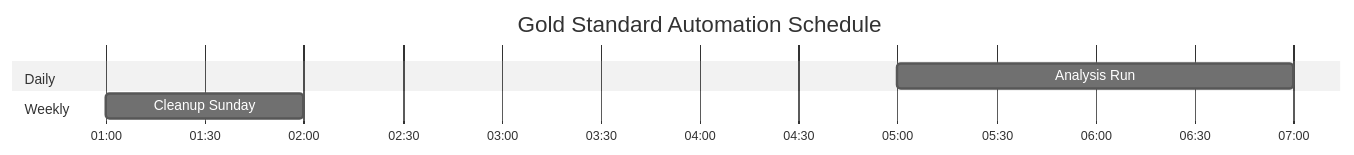
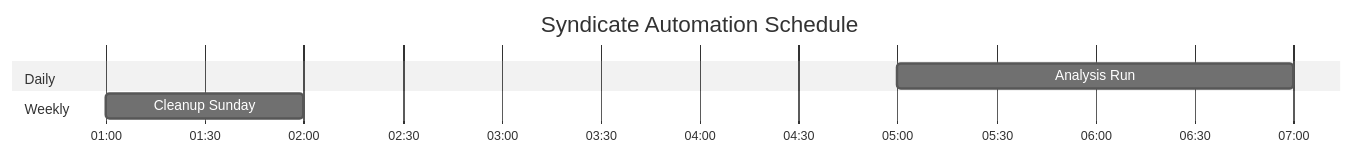
One commit to amuzetnoM/gold_standard changed the second of 2 diagrams in docs/virtual_machine/setup_log.md. Above: the diagram before and after it, drawn with Mermaid (neutral theme). The commit also changed other lines of this file and 30 other files, not shown here.

````diff
--- a/docs/virtual_machine/setup_log.md
+++ b/docs/virtual_machine/setup_log.md
@@ -266,12 +266,12 @@
 ```mermaid
 gantt
-    title Gold Standard Automation Schedule
+    title Syndicate Automation Schedule
     dateFormat HH:mm
     axisFormat %H:%M
 
     section Daily
     Analysis Run :05:00, 2h
 
     section Weekly
     Cleanup Sunday :01:00, 1h
 ```
````
